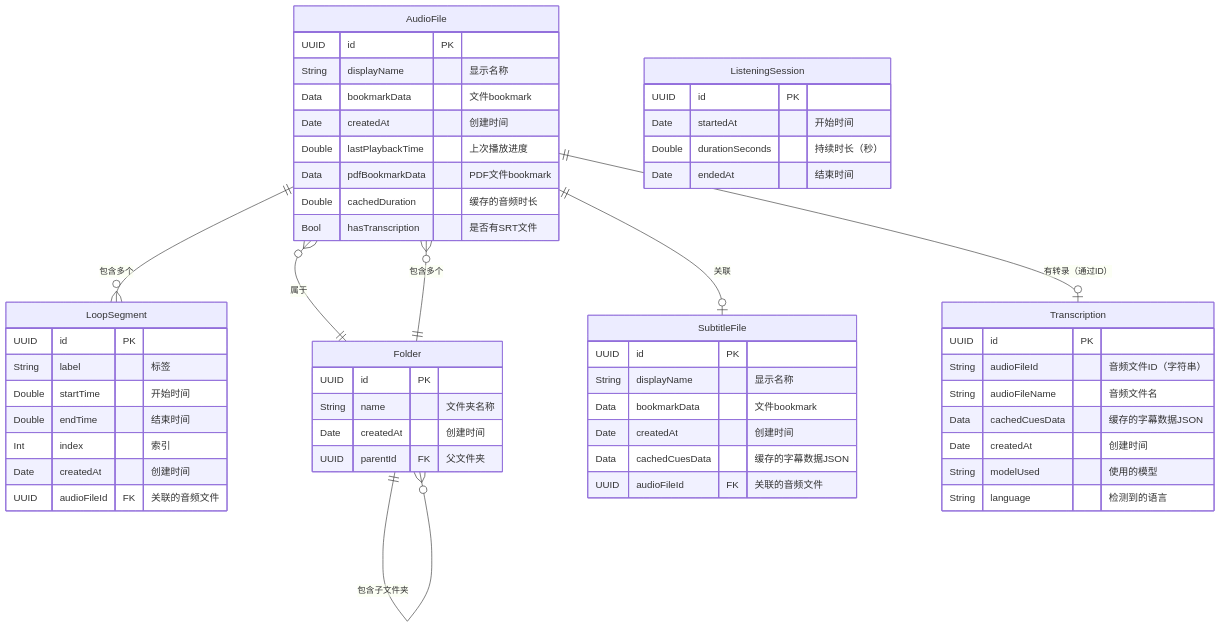
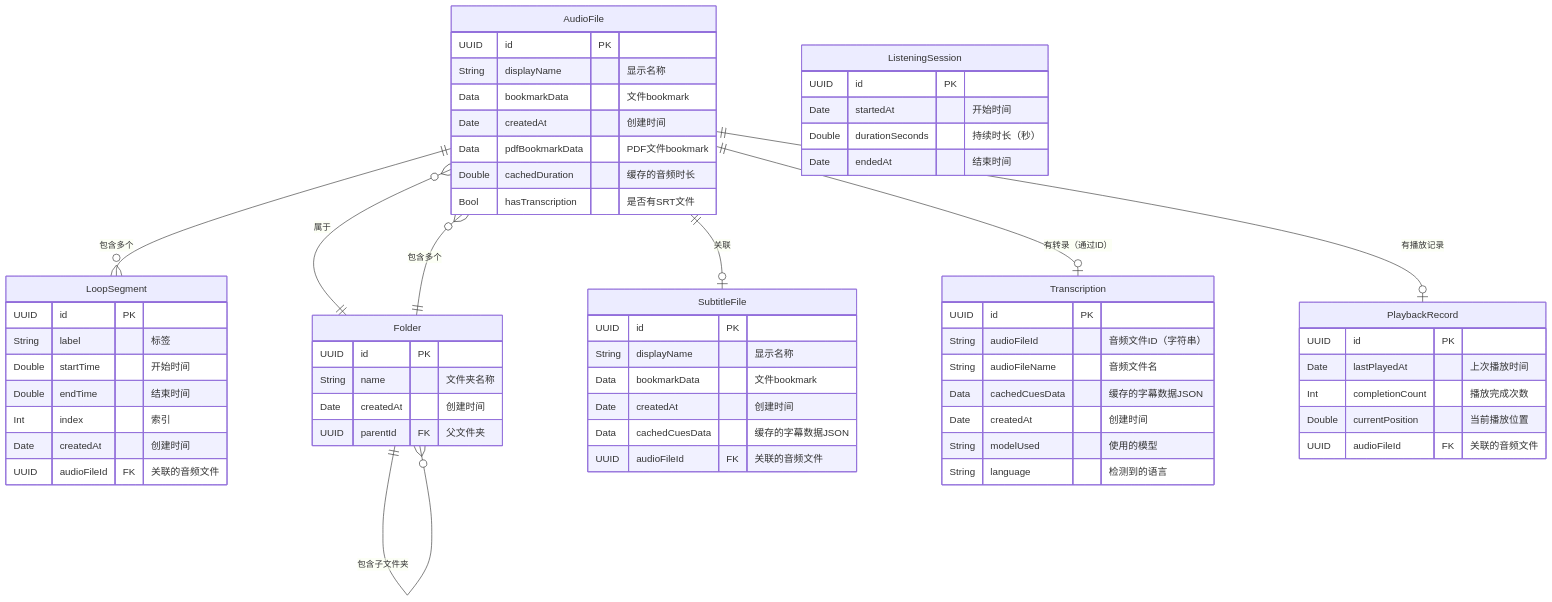
The first of 2 diagrams in Docs/coredata_er_diagram.md (iHugo-Tang/ABPlayer), drawn with Mermaid before and after one commit. The commit also changed other lines of this file and 3 other files, not shown here.

Commit message:
feat: Introduce `PlaybackRecord` model to store detailed playback state and replace `AudioFile`'s `lastPlaybackTime` property.

````diff
--- a/Docs/coredata_er_diagram.md
+++ b/Docs/coredata_er_diagram.md
@@ -21,63 +21,71 @@
 ```mermaid
 erDiagram
     AudioFile ||--o{ LoopSegment : "包含多个"
     AudioFile }o--|| Folder : "属于"
     AudioFile ||--o| SubtitleFile : "关联"
     AudioFile ||--o| Transcription : "有转录（通过ID）"
+    AudioFile ||--o| PlaybackRecord : "有播放记录"
     Folder ||--o{ Folder : "包含子文件夹"
     Folder ||--o{ AudioFile : "包含多个"
     
     AudioFile {
         UUID id PK
         String displayName "显示名称"
         Data bookmarkData "文件bookmark"
         Date createdAt "创建时间"
-        Double lastPlaybackTime "上次播放进度"
         Data pdfBookmarkData "PDF文件bookmark"
         Double cachedDuration "缓存的音频时长"
         Bool hasTranscription "是否有SRT文件"
+    }
+    
+    PlaybackRecord {
+        UUID id PK
+        Date lastPlayedAt "上次播放时间"
+        Int completionCount "播放完成次数"
+        Double currentPosition "当前播放位置"
+        UUID audioFileId FK "关联的音频文件"
     }
     
     LoopSegment {
         UUID id PK
         String label "标签"
         Double startTime "开始时间"
         Double endTime "结束时间"
         Int index "索引"
         Date createdAt "创建时间"
         UUID audioFileId FK "关联的音频文件"
     }
     
     Folder {
         UUID id PK
         String name "文件夹名称"
         Date createdAt "创建时间"
         UUID parentId FK "父文件夹"
     }
     
     SubtitleFile {
         UUID id PK
         String displayName "显示名称"
         Data bookmarkData "文件bookmark"
         Date createdAt "创建时间"
         Data cachedCuesData "缓存的字幕数据JSON"
         UUID audioFileId FK "关联的音频文件"
     }
     
     Transcription {
         UUID id PK
         String audioFileId "音频文件ID（字符串）"
         String audioFileName "音频文件名"
         Data cachedCuesData "缓存的字幕数据JSON"
         Date createdAt "创建时间"
         String modelUsed "使用的模型"
         String language "检测到的语言"
     }
     
     ListeningSession {
         UUID id PK
         Date startedAt "开始时间"
         Double durationSeconds "持续时长（秒）"
         Date endedAt "结束时间"
     }
 ```
````
